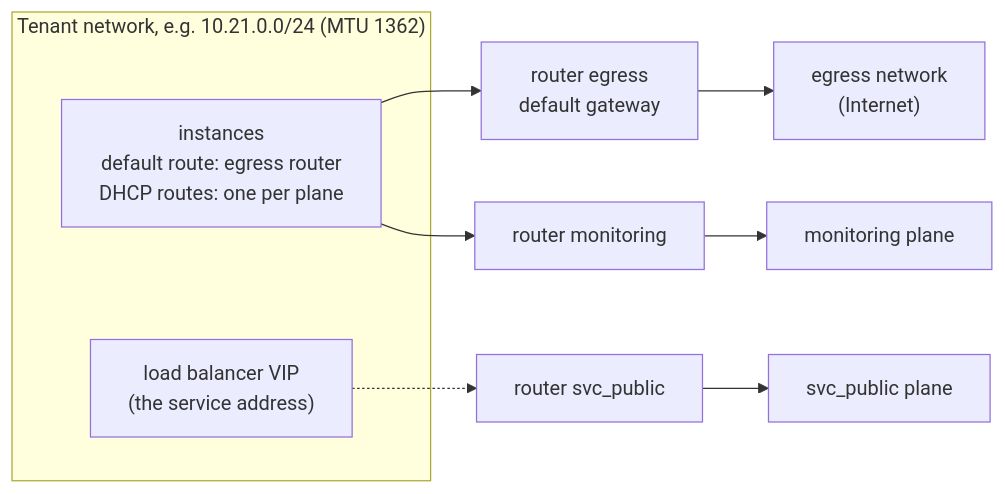
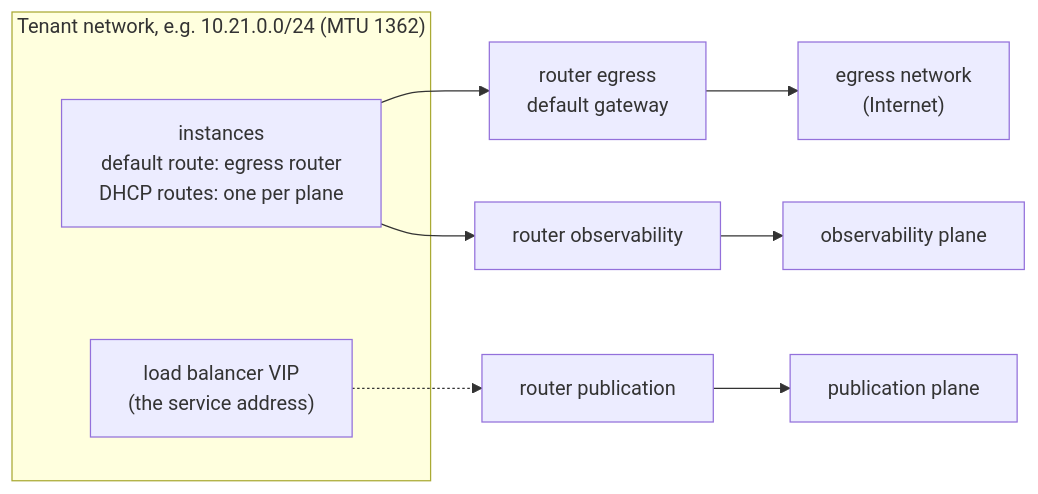
Before and after one commit to CyprisTech/openstack-multitenant-reference: the third of 10 diagrams in docs/concepts/architecture.md, drawn with Mermaid. The commit also changed other lines of this file and 45 other files, not shown here.

````diff
--- a/docs/concepts/architecture.md
+++ b/docs/concepts/architecture.md
@@ -52,13 +67,13 @@
 ```mermaid
 flowchart LR
     subgraph T["Tenant network, e.g. 10.21.0.0/24 (MTU 1362)"]
         VM["instances<br/>default route: egress router<br/>DHCP routes: one per plane"]
         LB["load balancer VIP<br/>(the service address)"]
     end
     RE["router egress<br/>default gateway"]
-    RS["router svc_public"]
-    RM["router monitoring"]
+    RS["router publication"]
+    RM["router observability"]
     VM --> RE --> PUB["egress network<br/>(Internet)"]
-    LB -.-> RS --> SVC["svc_public plane"]
-    VM --> RM --> MON["monitoring plane"]
+    LB -.-> RS --> SVC["publication plane"]
+    VM --> RM --> MON["observability plane"]
 ```
````
